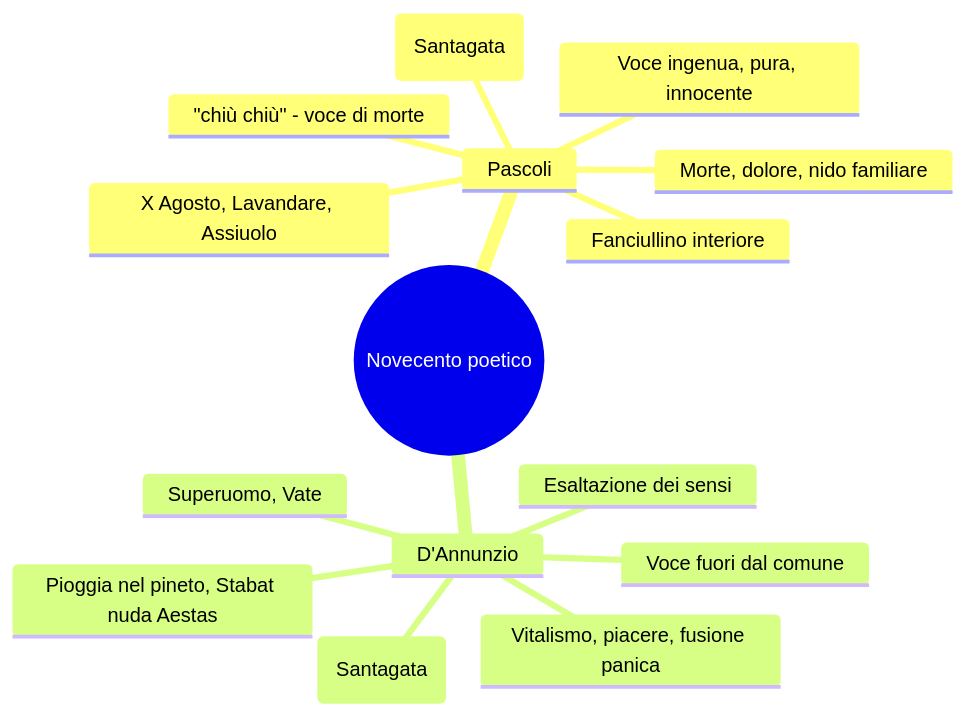
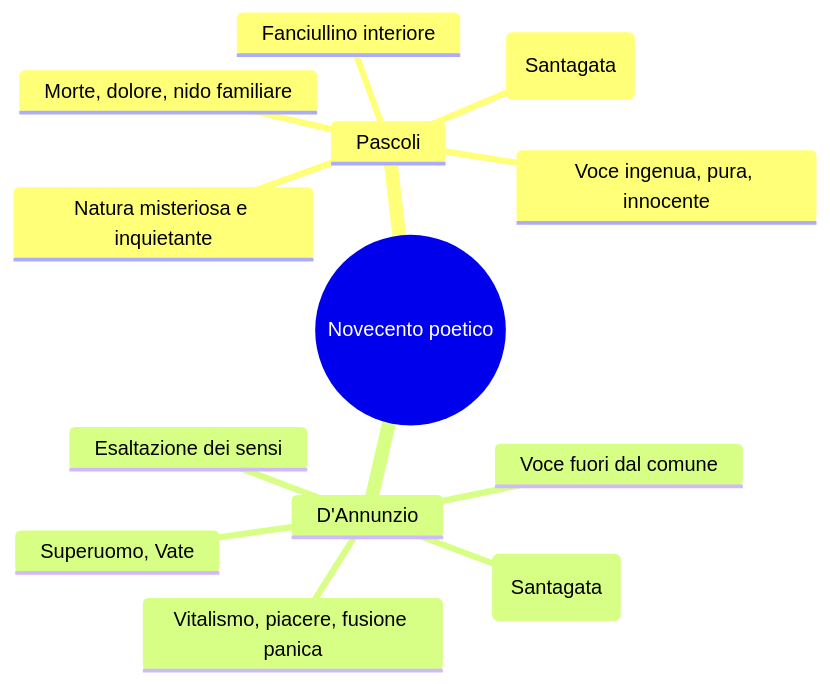
One commit to riccardo-algorime/appunti-5Bsa changed the first of 2 diagrams in italiano/dannunzio/riassunto.md. Above: the diagram before and after it, drawn with Mermaid. The commit also changed other lines of this file and 7 other files, not shown here.

````diff
--- a/italiano/dannunzio/riassunto.md
+++ b/italiano/dannunzio/riassunto.md
@@ -171,18 +235,16 @@
 ```mermaid
 mindmap
   root((Novecento poetico))
     Pascoli
       "Piccolo io" (Santagata)
       Fanciullino interiore
       Voce ingenua, pura, innocente
-      X Agosto, Lavandare, Assiuolo
       Morte, dolore, nido familiare
-      "chiù chiù" - voce di morte
+      Natura misteriosa e inquietante
     D'Annunzio
       "Gigantismo dell'io" (Santagata)
       Superuomo, Vate
       Voce fuori dal comune
-      Pioggia nel pineto, Stabat nuda Aestas
       Vitalismo, piacere, fusione panica
       Esaltazione dei sensi
 ```
````
